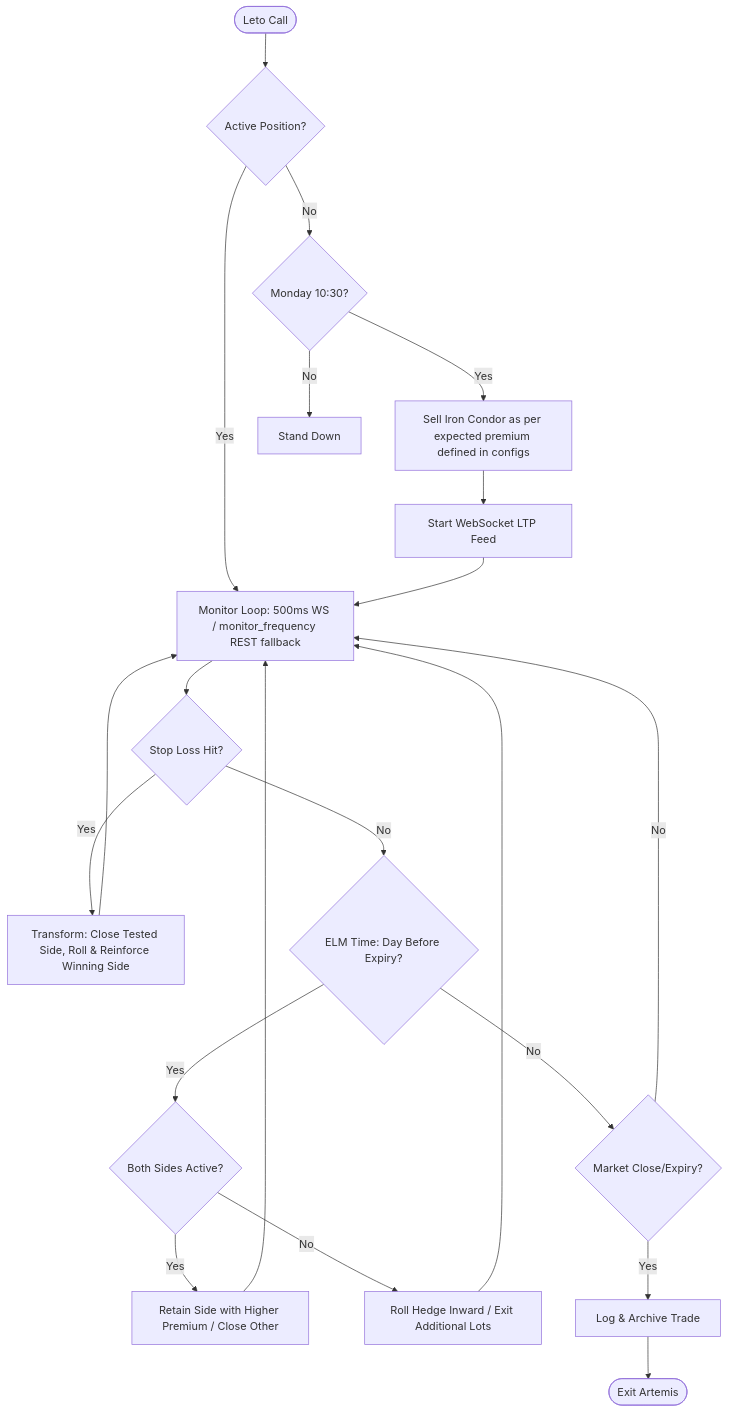
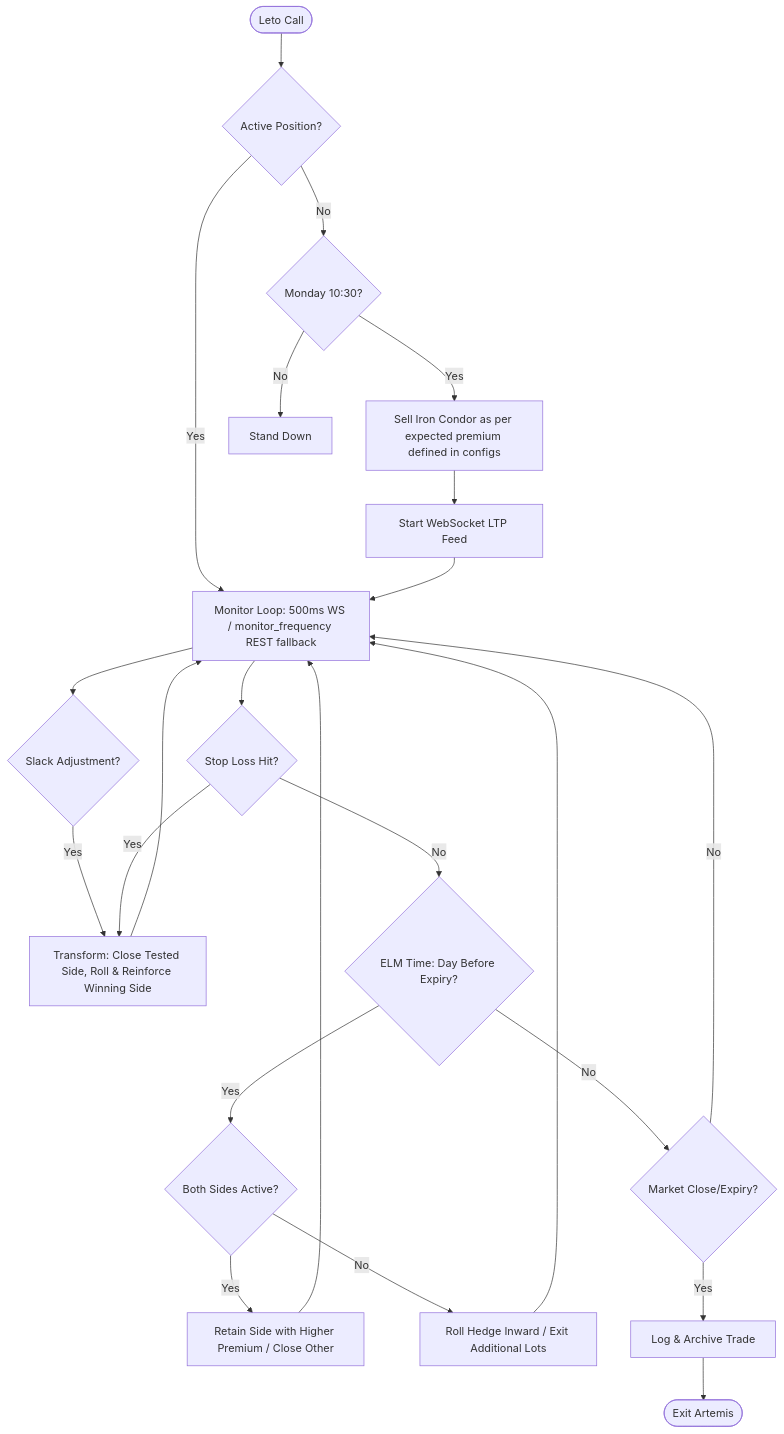
The diagram in artemis_production/README.md (parijnan/algo-trading-lab), drawn with Mermaid before and after one commit. The commit also changed other lines of this file and 4 other files, not shown here.

First line of the commit message:
Feat: Slack-triggered manual Artemis adjustment

````diff
--- a/artemis_production/README.md
+++ b/artemis_production/README.md
@@ -39,27 +39,29 @@
 ```mermaid
 graph TD
     Start([Leto Call]) --> EntryCheck{Active Position?}
     EntryCheck -- No --> Monday{Monday 10:30?}
     Monday -- Yes --> SetupIC[Sell Iron Condor as per expected premium defined in configs]
     Monday -- No --> StandDown[Stand Down]
     
     EntryCheck -- Yes --> Monitor[Monitor Loop: 500ms WS / monitor_frequency REST fallback]
     SetupIC --> WS[Start WebSocket LTP Feed]
     WS --> Monitor
     
+    Monitor --> SlackAdj{Slack Adjustment?}
+    SlackAdj -- Yes --> Transform
     Monitor --> SLHit{Stop Loss Hit?}
     SLHit -- Yes --> Transform[Transform: Close Tested Side, Roll & Reinforce Winning Side]
     Transform --> Monitor
     
     SLHit -- No --> ELMCheck{ELM Time: Day Before Expiry?}
     ELMCheck -- Yes --> ELMType{Both Sides Active?}
     ELMType -- Yes --> ChooseSide[Retain Side with Higher Premium / Close Other]
     ELMType -- No --> ELMAdj[Roll Hedge Inward / Exit Additional Lots]
     ELMCheck -- No --> Expiry{Market Close/Expiry?}
     
     ChooseSide --> Monitor
     ELMAdj --> Monitor
     Expiry -- No --> Monitor
     Expiry -- Yes --> Archive[Log & Archive Trade]
     Archive --> End([Exit Artemis])
 ```
````
